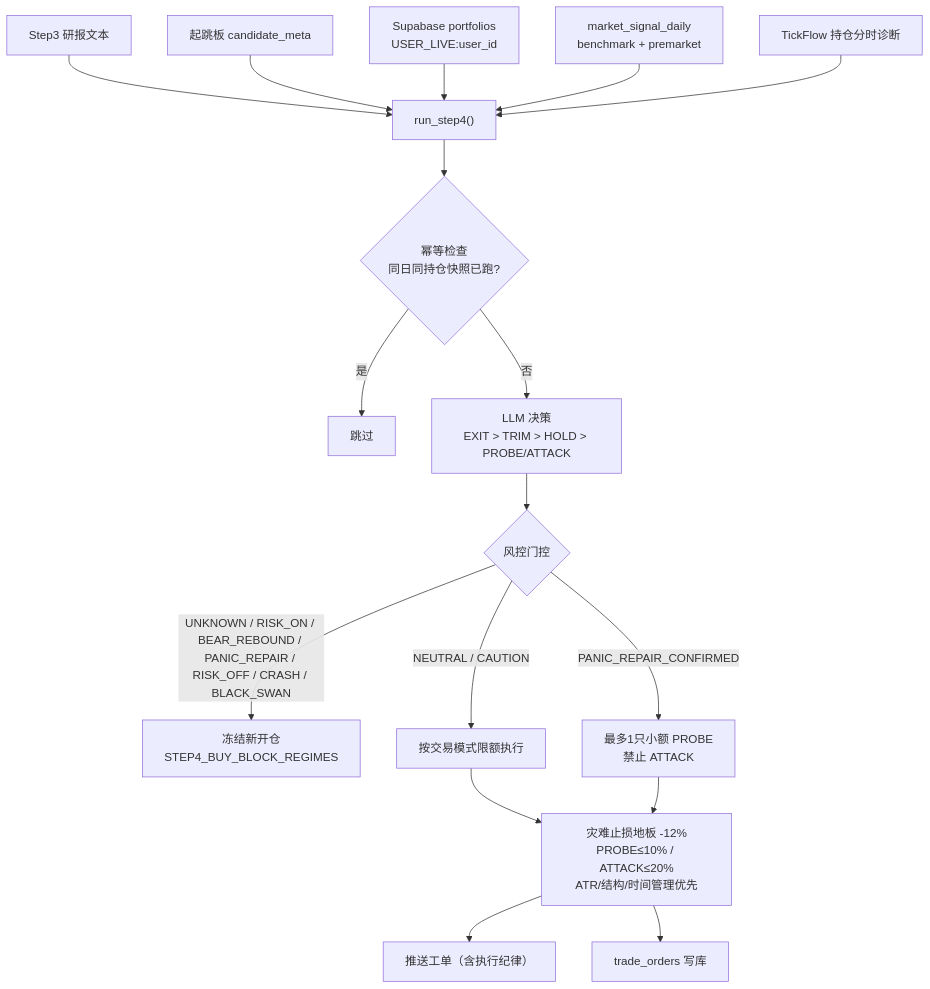
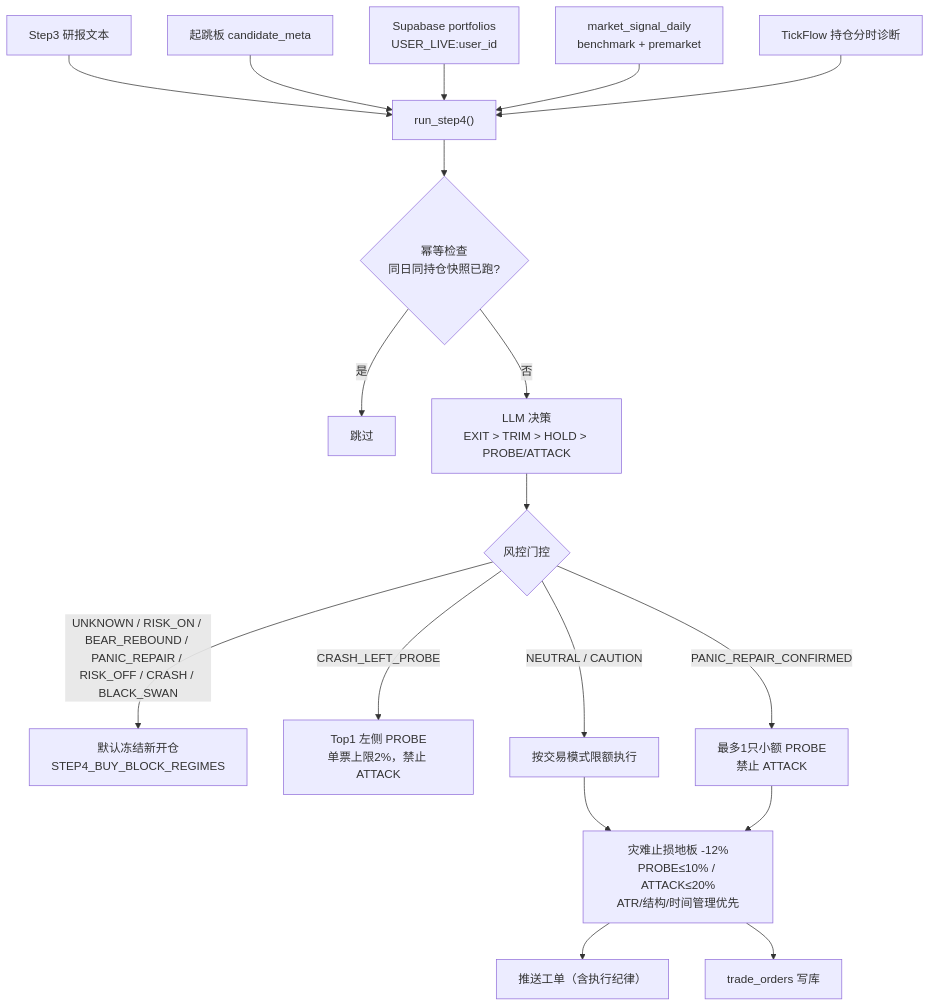
One commit to niyoh120/Wyckoff-Analysis changed the fifth of 7 diagrams in docs/A_SHARE_FUNNEL_FLOW.md. Above: the diagram before and after it, drawn with Mermaid. The commit also changed other lines of this file and 71 other files, not shown here.

````diff
--- a/docs/A_SHARE_FUNNEL_FLOW.md
+++ b/docs/A_SHARE_FUNNEL_FLOW.md
@@ -285,22 +286,23 @@
 ```mermaid
 flowchart TD
     IN1["Step3 研报文本"] --> S4
     IN2["起跳板 candidate_meta"] --> S4
     IN3["Supabase portfolios<br/>USER_LIVE:user_id"] --> S4
     IN4["market_signal_daily<br/>benchmark + premarket"] --> S4
     IN5["TickFlow 持仓分时诊断"] --> S4
 
     S4["run_step4()"] --> IDEM{"幂等检查<br/>同日同持仓快照已跑?"}
     IDEM -->|是| SKIP["跳过"]
     IDEM -->|否| LLM["LLM 决策<br/>EXIT > TRIM > HOLD > PROBE/ATTACK"]
 
     LLM --> RISK{"风控门控"}
-    RISK -->|UNKNOWN / RISK_ON / BEAR_REBOUND / PANIC_REPAIR / RISK_OFF / CRASH / BLACK_SWAN| BLOCK_BUY["冻结新开仓<br/>STEP4_BUY_BLOCK_REGIMES"]
+    RISK -->|UNKNOWN / RISK_ON / BEAR_REBOUND / PANIC_REPAIR / RISK_OFF / CRASH / BLACK_SWAN| BLOCK_BUY["默认冻结新开仓<br/>STEP4_BUY_BLOCK_REGIMES"]
+    RISK -->|CRASH_LEFT_PROBE| LEFT_PROBE["Top1 左侧 PROBE<br/>单票上限2%，禁止 ATTACK"]
     RISK -->|PANIC_REPAIR_CONFIRMED| REPAIR_PROBE["最多1只小额 PROBE<br/>禁止 ATTACK"]
     RISK -->|NEUTRAL / CAUTION| ALLOW["按交易模式限额执行"]
 
     ALLOW --> OMS["灾难止损地板 -12%<br/>PROBE≤10% / ATTACK≤20%<br/>ATR/结构/时间管理优先"]
     REPAIR_PROBE --> OMS
     OMS --> TG["推送工单（含执行纪律）"]
     OMS --> DB["trade_orders 写库"]
 ```
````
